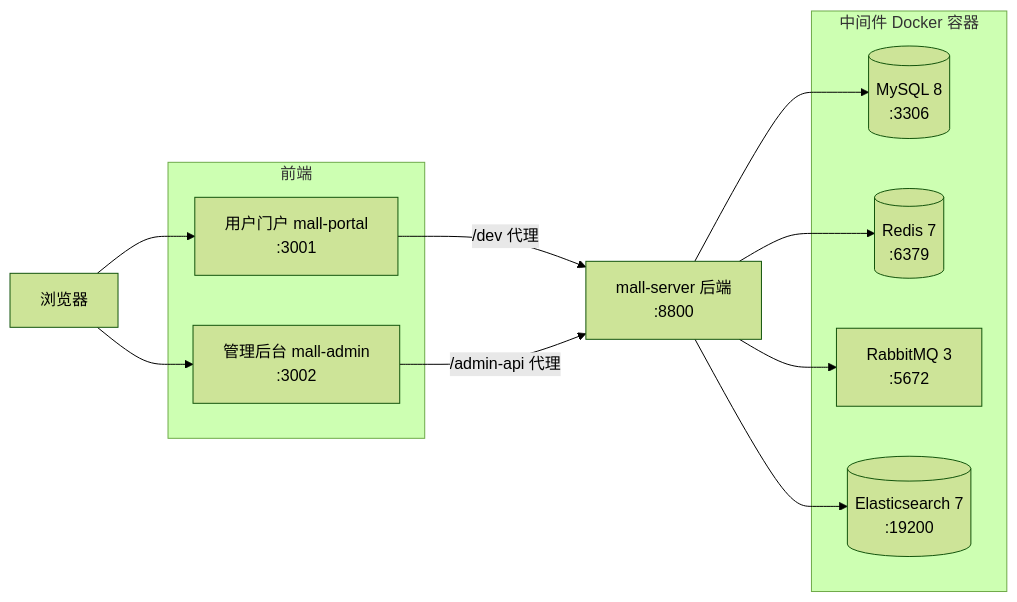
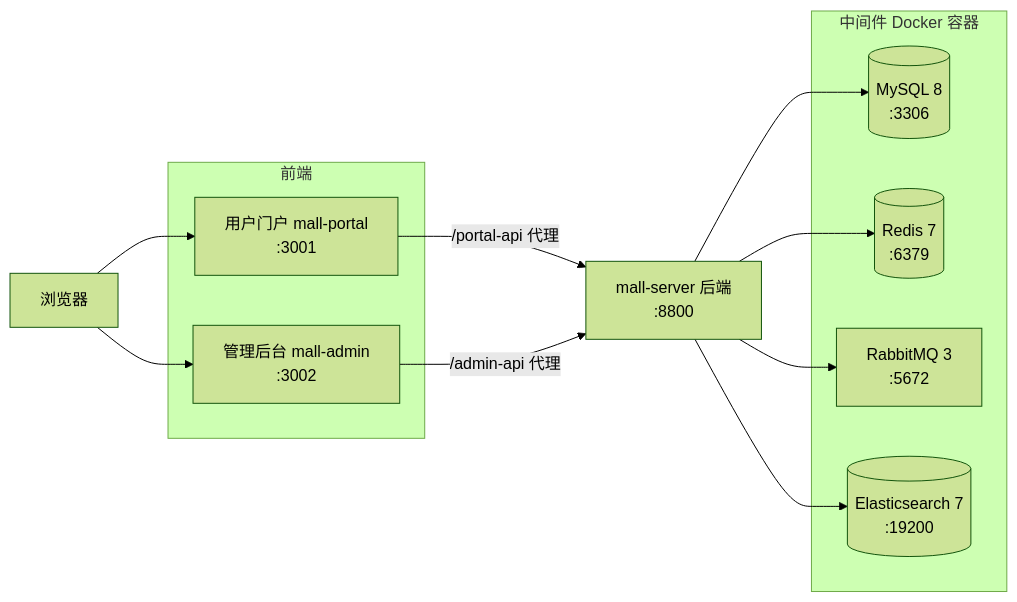
Before and after one commit to whfdzk/mall: the third of 3 diagrams in README.md, drawn with Mermaid (forest theme). The commit also changed 28 other files, not shown here.

````diff
--- a/README.md
+++ b/README.md
@@ -121,27 +121,27 @@
 ```mermaid
 flowchart LR
     B[浏览器]
 
     subgraph 前端
         P[用户门户 mall-portal<br/>:3001]
         A[管理后台 mall-admin<br/>:3002]
     end
 
     S[mall-server 后端<br/>:8800]
 
     subgraph 中间件 Docker 容器
         M[(MySQL 8<br/>:3306)]
         R[(Redis 7<br/>:6379)]
         Q[RabbitMQ 3<br/>:5672]
         E[(Elasticsearch 7<br/>:19200)]
     end
 
     B --> P
     B --> A
-    P -->|/dev 代理| S
+    P -->|/portal-api 代理| S
     A -->|/admin-api 代理| S
     S --> M
     S --> R
     S --> Q
     S --> E
 ```
````
